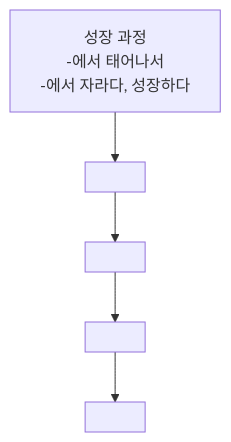
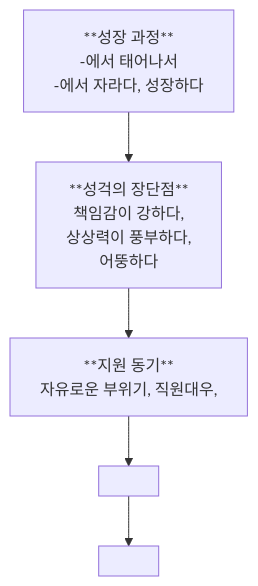
Before and after one commit to nyanzebra/korean: the diagram in 숙제/4A/textbook/153-156.md, drawn with Mermaid.

Commit message:
vault backup: 2026-05-09 15:34:47

````diff
--- a/숙제/4A/textbook/153-156.md
+++ b/숙제/4A/textbook/153-156.md
@@ -47,20 +47,26 @@
 ```mermaid
 flowchart
 가[
-	성장 과정
+	**성장 과정**
 	-에서 태어나서 
 	-에서 자라다, 성장하다
 ]
 나[
+	**성걱의 장단점**
+	책임감이 강하다,
+	상상력이 풍부하다,
+	어뚱하다
 ]
 다[
+	**지원 동기**
+	자유로운 부위기, 직원대우, 
 ]
 마[
 ]
 바[
 ]
 가-->나
 나-->다
 다-->마
 마-->바
 ```
````
